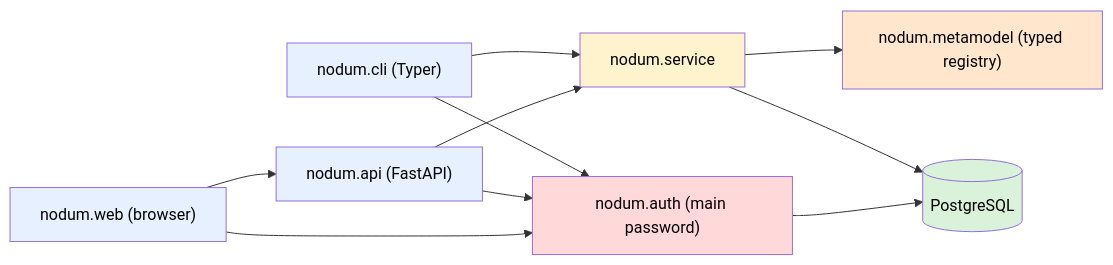
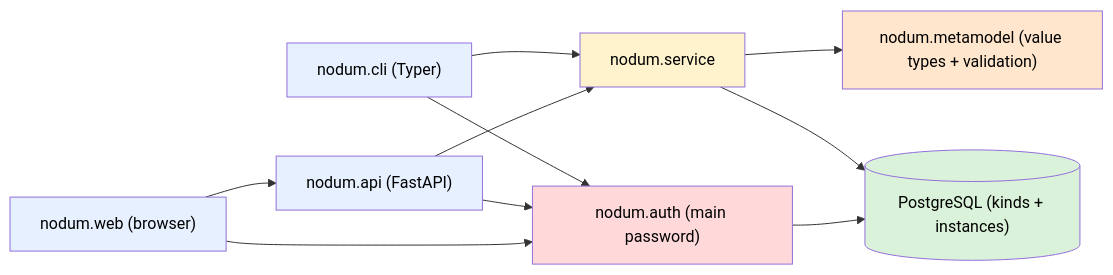
The diagram in AGENTS.md (vcoeur/nodum), drawn with Mermaid before and after one commit. The commit also changed other lines of this file and 26 other files, not shown here.

First line of the commit message:
Add node content column and runtime-evolvable DB-stored schema

````diff
--- a/AGENTS.md
+++ b/AGENTS.md
@@ -46,19 +56,19 @@
 ```mermaid
 flowchart LR
     cli["nodum.cli (Typer)"] --> svc["nodum.service"]
     api["nodum.api (FastAPI)"] --> svc
     web["nodum.web (browser)"] --> api
-    svc --> mm["nodum.metamodel (typed registry)"]
-    svc --> pg[("PostgreSQL")]
+    svc --> mm["nodum.metamodel (value types + validation)"]
+    svc --> pg[("PostgreSQL (kinds + instances)")]
     cli --> auth["nodum.auth (main password)"]
     api --> auth
     web --> auth
     auth --> pg
     style cli fill:#e6f0ff,color:#000
     style api fill:#e6f0ff,color:#000
     style web fill:#e6f0ff,color:#000
     style svc fill:#fff3cd,color:#000
     style mm fill:#ffe6cc,color:#000
     style auth fill:#ffd9d9,color:#000
     style pg fill:#d9f2d9,color:#000
 ```
````
